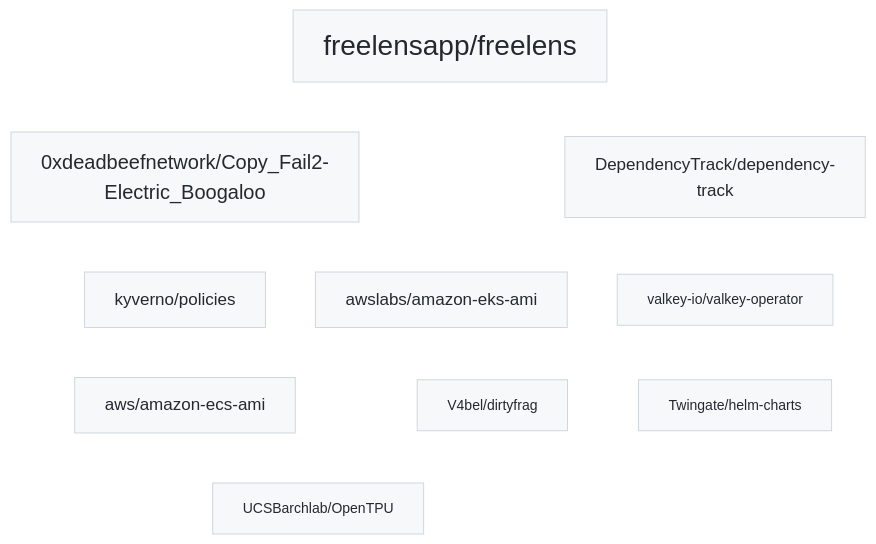
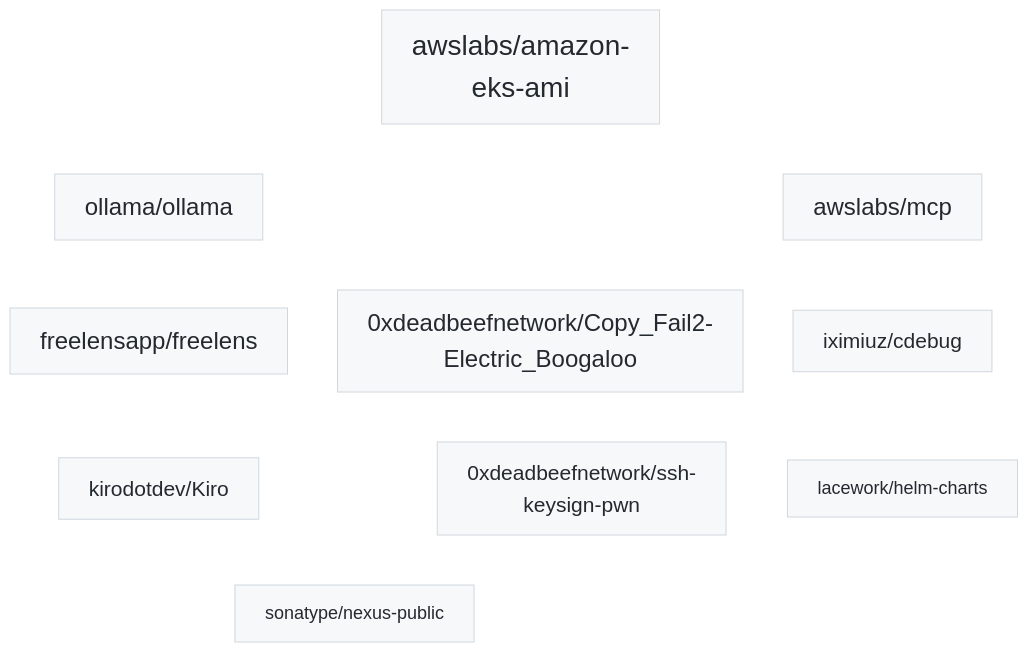
The diagram in README.md (kappa8219/kappa8219), drawn with Mermaid before and after one commit. The commit also changed 1 other file, not shown here.

Commit message:
Include issue comments in participation diagram
Count issue-comment participation and merge it with public activity when building the participated-projects Mermaid section.

````diff
--- a/README.md
+++ b/README.md
@@ -4,38 +4,38 @@
 ```mermaid
 graph TB
   classDef tag fill:#f6f8fa,stroke:#d0d7de,color:#24292f;
   linkStyle default stroke:transparent,stroke-width:0px;
-  p1["freelensapp/freelens"]:::tag
+  p1["awslabs/amazon-eks-ami"]:::tag
   style p1 font-size:28px
-  p2["0xdeadbeefnetwork/Copy_Fail2-Electric_Boogaloo"]:::tag
-  style p2 font-size:20px
-  p3["kyverno/policies"]:::tag
-  style p3 font-size:17px
-  p4["DependencyTrack/dependency-track"]:::tag
-  style p4 font-size:17px
-  p5["awslabs/amazon-eks-ami"]:::tag
-  style p5 font-size:17px
-  p6["aws/amazon-ecs-ami"]:::tag
-  style p6 font-size:17px
-  p7["valkey-io/valkey-operator"]:::tag
-  style p7 font-size:14px
-  p8["V4bel/dirtyfrag"]:::tag
-  style p8 font-size:14px
-  p9["UCSBarchlab/OpenTPU"]:::tag
-  style p9 font-size:14px
-  p10["Twingate/helm-charts"]:::tag
-  style p10 font-size:14px
+  p2["ollama/ollama"]:::tag
+  style p2 font-size:24px
+  p3["freelensapp/freelens"]:::tag
+  style p3 font-size:24px
+  p4["awslabs/mcp"]:::tag
+  style p4 font-size:24px
+  p5["0xdeadbeefnetwork/Copy_Fail2-Electric_Boogaloo"]:::tag
+  style p5 font-size:24px
+  p6["kirodotdev/Kiro"]:::tag
+  style p6 font-size:21px
+  p7["iximiuz/cdebug"]:::tag
+  style p7 font-size:21px
+  p8["0xdeadbeefnetwork/ssh-keysign-pwn"]:::tag
+  style p8 font-size:21px
+  p9["sonatype/nexus-public"]:::tag
+  style p9 font-size:18px
+  p10["lacework/helm-charts"]:::tag
+  style p10 font-size:18px
   p1 --- p2
   p1 --- p4
   p2 --- p3
   p2 --- p5
   p3 --- p6
   p4 --- p5
   p4 --- p7
   p5 --- p6
   p5 --- p8
   p6 --- p9
   p7 --- p8
   p7 --- p10
   p8 --- p9
 ```
````
